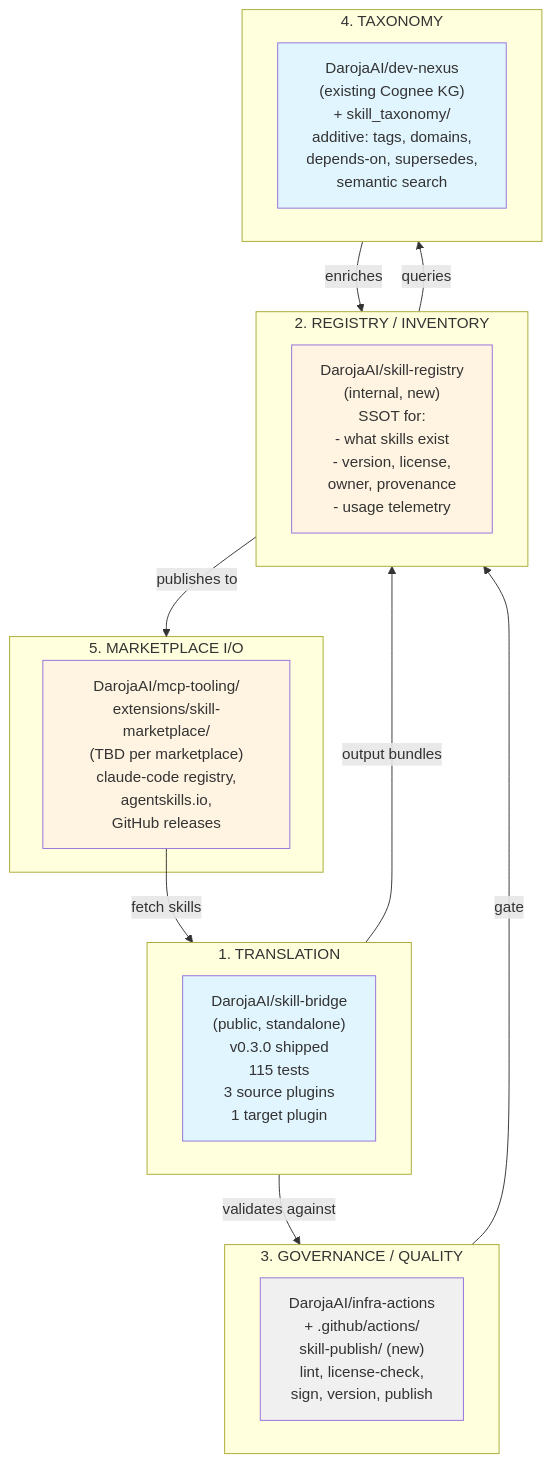
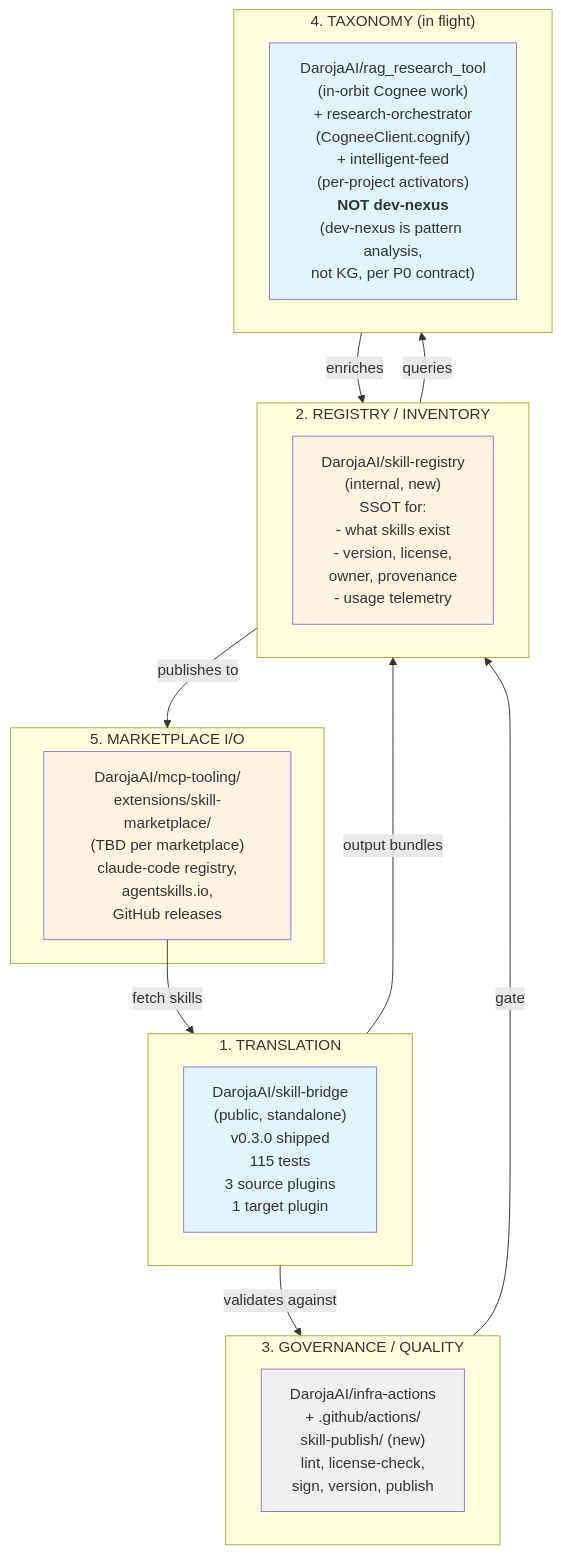
Before and after one commit to DarojaAI/linux-headless-setup: the third of 4 diagrams in docs/skill-ecosystem.md, drawn with Mermaid. The commit also changed other lines of this file, not shown here.

````diff
--- a/docs/skill-ecosystem.md
+++ b/docs/skill-ecosystem.md
@@ -112,36 +113,36 @@
 ```mermaid
 graph TB
     subgraph Translation["1. TRANSLATION"]
         SB["DarojaAI/skill-bridge<br/>(public, standalone)<br/>v0.3.0 shipped<br/>115 tests<br/>3 source plugins<br/>1 target plugin"]
     end
 
     subgraph Registry["2. REGISTRY / INVENTORY"]
         SR["DarojaAI/skill-registry<br/>(internal, new)<br/>SSOT for:<br/>- what skills exist<br/>- version, license,<br/>  owner, provenance<br/>- usage telemetry"]
     end
 
     subgraph Governance["3. GOVERNANCE / QUALITY"]
         IA["DarojaAI/infra-actions<br/>+ .github/actions/<br/>  skill-publish/ (new)<br/>lint, license-check,<br/>sign, version, publish"]
     end
 
-    subgraph Taxonomy["4. TAXONOMY"]
-        DN["DarojaAI/dev-nexus<br/>(existing Cognee KG)<br/>+ skill_taxonomy/<br/>additive: tags, domains,<br/>depends-on, supersedes,<br/>semantic search"]
+    subgraph Taxonomy["4. TAXONOMY (in flight)"]
+        RRST["DarojaAI/rag_research_tool<br/>(in-orbit Cognee work)<br/>+ research-orchestrator<br/>(CogneeClient.cognify)<br/>+ intelligent-feed<br/>(per-project activators)<br/><b>NOT dev-nexus</b><br/>(dev-nexus is pattern analysis,<br/>not KG, per P0 contract)"]
     end
 
     subgraph Marketplace["5. MARKETPLACE I/O"]
         MA["DarojaAI/mcp-tooling/<br/>extensions/skill-marketplace/<br/>(TBD per marketplace)<br/>claude-code registry,<br/>agentskills.io,<br/>GitHub releases"]
     end
 
     MA -->|fetch skills| Translation
     Translation -->|output bundles| Registry
     Translation -->|validates against| Governance
     Registry -->|queries| Taxonomy
     Registry -->|publishes to| Marketplace
     Governance -->|gate| Registry
     Taxonomy -->|enriches| Registry
 
     style SB fill:#e1f5ff
     style SR fill:#fff4e1
     style IA fill:#f0f0f0
-    style DN fill:#e1f5ff
+    style RRST fill:#e1f5ff
     style MA fill:#fff4e1
 ```
````
